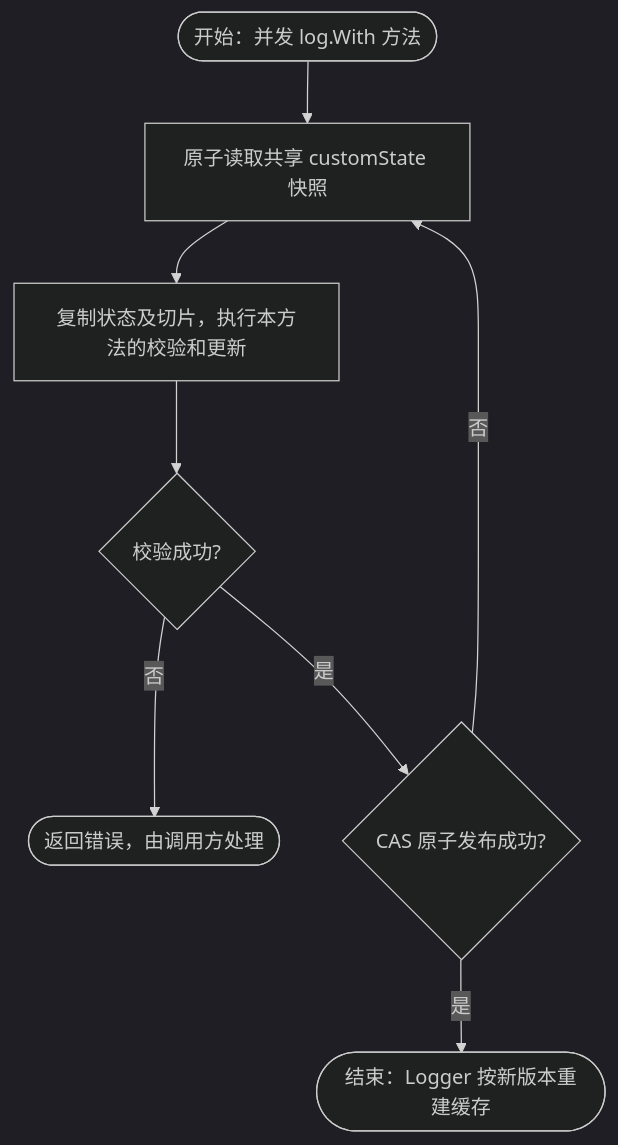
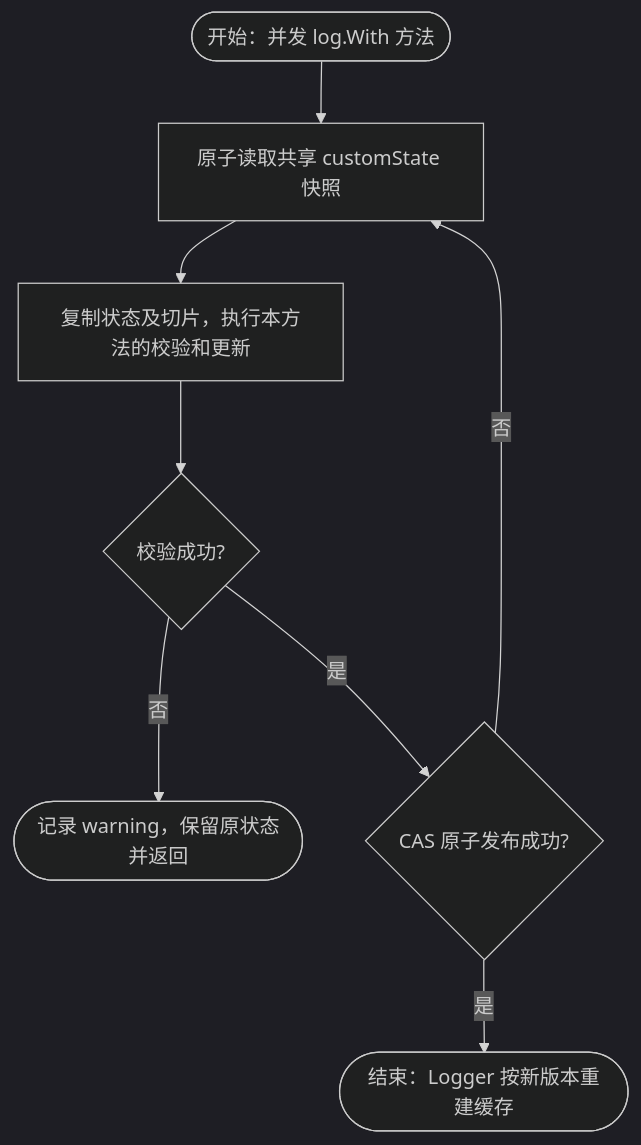
The second of 2 diagrams in pkg/log/README.md (jaggerzhuang1994/kratos-foundation), drawn with Mermaid (dark theme) before and after one commit. The commit also changed other lines of this file and 30 other files, not shown here.

````diff
--- a/pkg/log/README.md
+++ b/pkg/log/README.md
@@ -63,10 +65,10 @@
 ```mermaid
 flowchart TD
     A([开始：并发 log.With 方法]) --> C[原子读取共享 customState 快照]
     C --> D[复制状态及切片，执行本方法的校验和更新]
     D --> E{校验成功?}
-    E -- 否 --> X([返回错误，由调用方处理])
+    E -- 否 --> X([记录 warning，保留原状态并返回])
     E -- 是 --> F{CAS 原子发布成功?}
     F -- 否 --> C
     F -- 是 --> G([结束：Logger 按新版本重建缓存])
 ```
````
